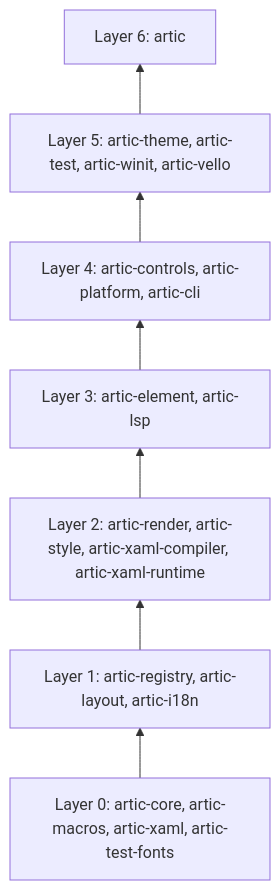
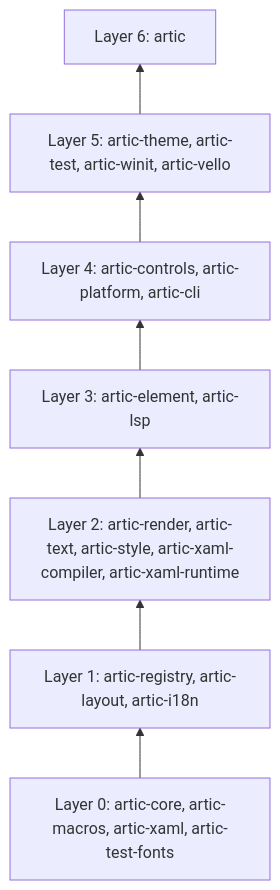
Before and after one commit to wolfware-labs/Artic: the diagram in README.md, drawn with Mermaid. The commit also changed other lines of this file and 10 other files, not shown here.

````diff
--- a/README.md
+++ b/README.md
@@ -85,11 +86,11 @@
 ```mermaid
 flowchart BT
   L0["Layer 0: artic-core, artic-macros, artic-xaml, artic-test-fonts"]
   L1["Layer 1: artic-registry, artic-layout, artic-i18n"]
-  L2["Layer 2: artic-render, artic-style, artic-xaml-compiler, artic-xaml-runtime"]
+  L2["Layer 2: artic-render, artic-text, artic-style, artic-xaml-compiler, artic-xaml-runtime"]
   L3["Layer 3: artic-element, artic-lsp"]
   L4["Layer 4: artic-controls, artic-platform, artic-cli"]
   L5["Layer 5: artic-theme, artic-test, artic-winit, artic-vello"]
   L6["Layer 6: artic"]
   L0 --> L1 --> L2 --> L3 --> L4 --> L5 --> L6
 ```
````
